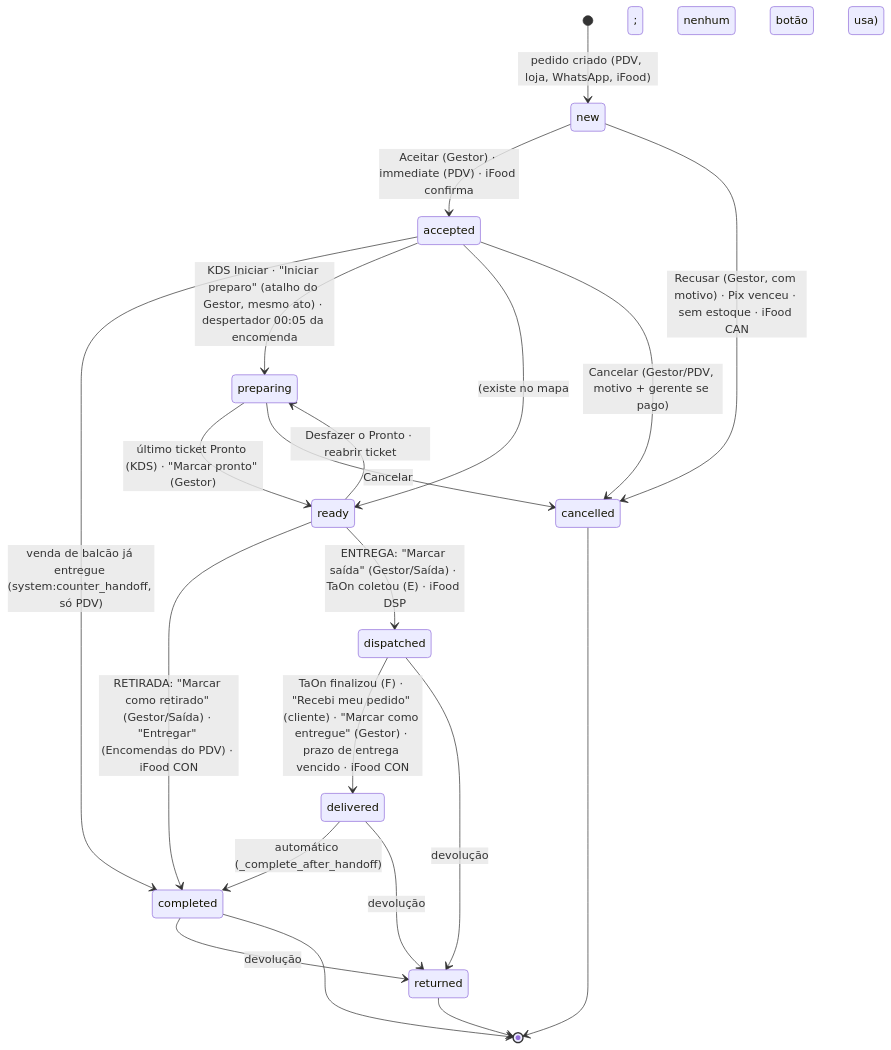
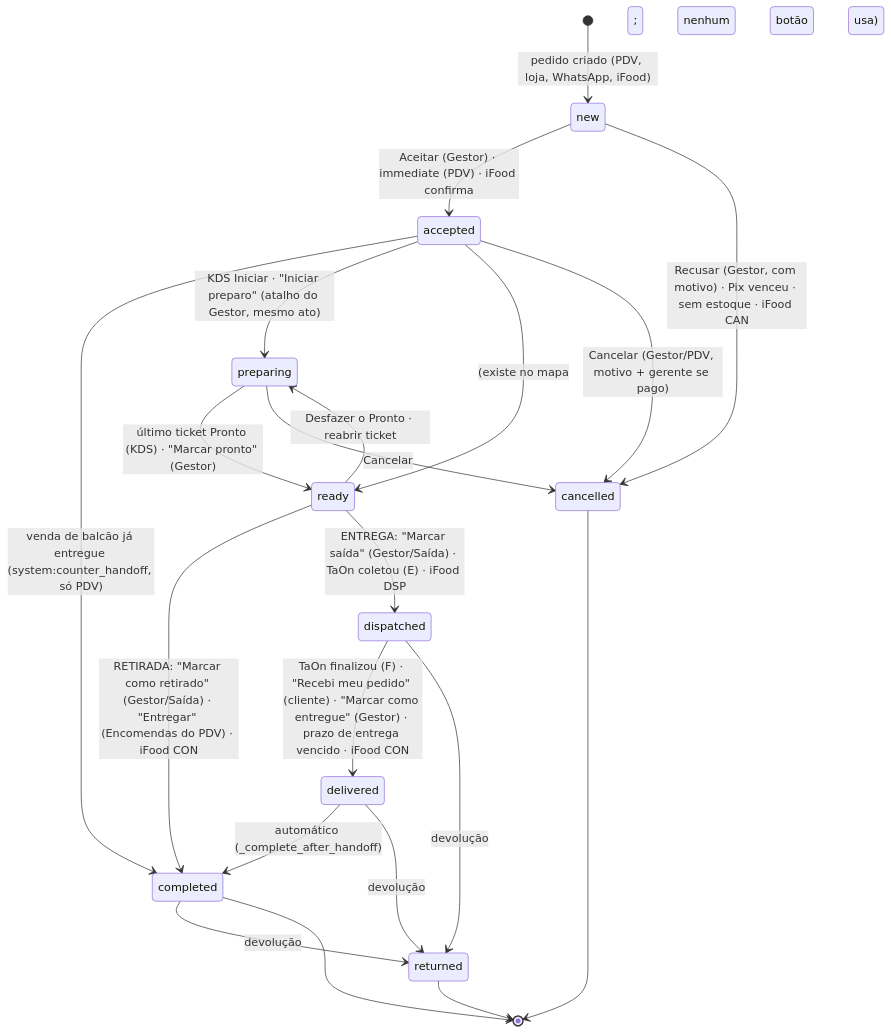
One commit to nelsonboulangerie/django-shopman changed the diagram in docs/reference/cenarios-de-pedido.md. Above: the diagram before and after it, drawn with Mermaid. The commit also changed other lines of this file and 10 other files, not shown here.

````diff
--- a/docs/reference/cenarios-de-pedido.md
+++ b/docs/reference/cenarios-de-pedido.md
@@ -66,23 +66,23 @@
 ```mermaid
 stateDiagram-v2
     [*] --> new: pedido criado (PDV, loja, WhatsApp, iFood)
     new --> accepted: Aceitar (Gestor) · immediate (PDV) · iFood confirma
     new --> cancelled: Recusar (Gestor, com motivo) · Pix venceu · sem estoque · iFood CAN
     accepted --> completed: venda de balcão já entregue (system:counter_handoff, só PDV)
-    accepted --> preparing: KDS Iniciar · "Iniciar preparo" (atalho do Gestor, mesmo ato) · despertador 00:05 da encomenda
+    accepted --> preparing: KDS Iniciar · "Iniciar preparo" (atalho do Gestor, mesmo ato)
     accepted --> ready: (existe no mapa; nenhum botão usa)
     preparing --> ready: último ticket Pronto (KDS) · "Marcar pronto" (Gestor)
     ready --> preparing: Desfazer o Pronto · reabrir ticket
     ready --> completed: RETIRADA: "Marcar como retirado" (Gestor/Saída) · "Entregar" (Encomendas do PDV) · iFood CON
     ready --> dispatched: ENTREGA: "Marcar saída" (Gestor/Saída) · TaOn coletou (E) · iFood DSP
     dispatched --> delivered: TaOn finalizou (F) · "Recebi meu pedido" (cliente) · "Marcar como entregue" (Gestor) · prazo de entrega vencido · iFood CON
     delivered --> completed: automático (_complete_after_handoff)
     accepted --> cancelled: Cancelar (Gestor/PDV, motivo + gerente se pago)
     preparing --> cancelled: Cancelar
     dispatched --> returned: devolução
     delivered --> returned: devolução
     completed --> returned: devolução
     completed --> [*]
     cancelled --> [*]
     returned --> [*]
 ```
````
